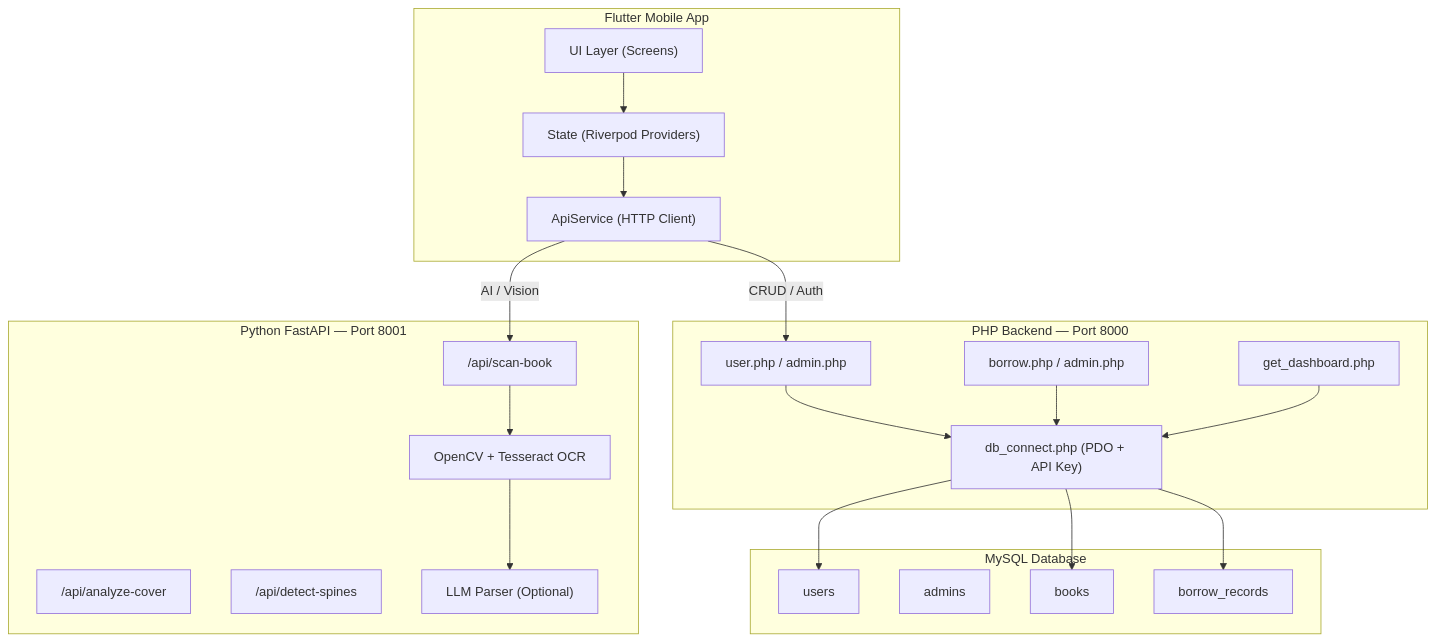
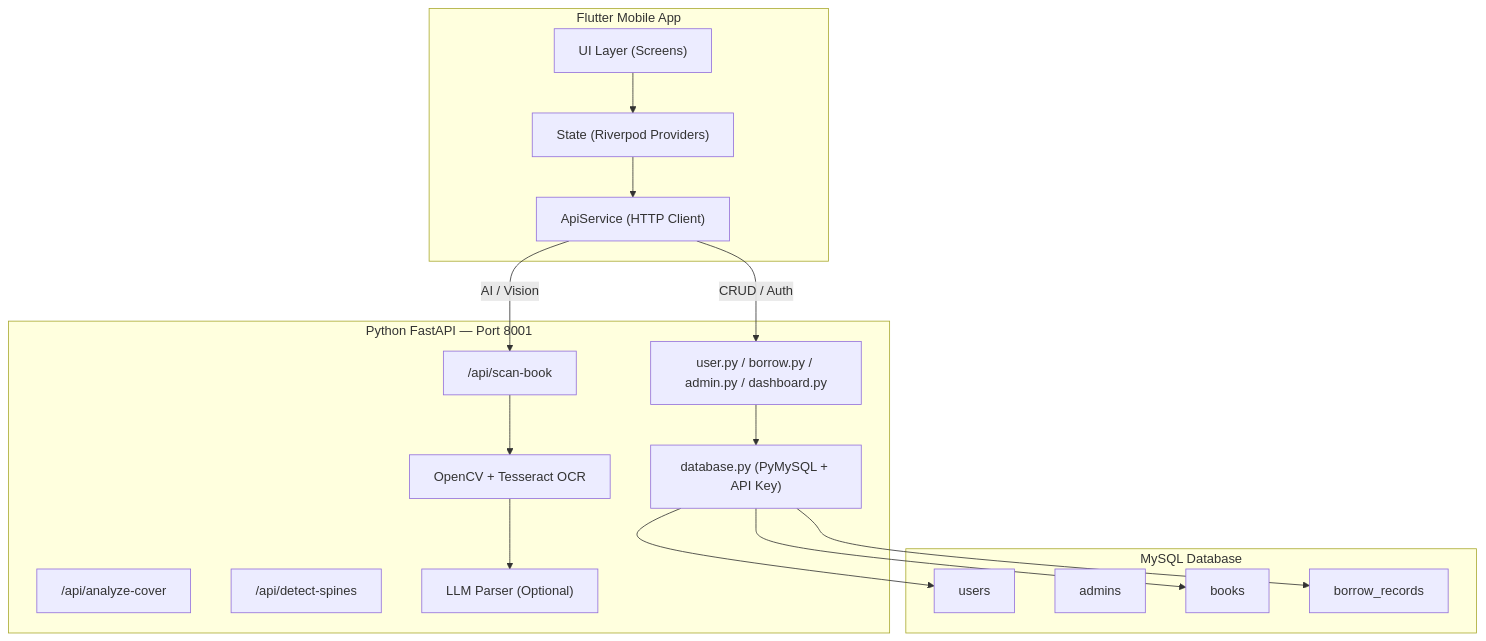
The diagram in doc/critical_analysis.md (prasajanravishka/library_system-), drawn with Mermaid before and after one commit. The commit also changed other lines of this file and 3 other files, not shown here.

Commit message:
docs: add project documentation including architecture, walkthrough, and workflow guides

````diff
--- a/doc/critical_analysis.md
+++ b/doc/critical_analysis.md
@@ -21,38 +21,34 @@
 ```mermaid
 graph TB
     subgraph "Flutter Mobile App"
         UI["UI Layer (Screens)"]
         SP["State (Riverpod Providers)"]
         API["ApiService (HTTP Client)"]
     end
 
-    subgraph "PHP Backend — Port 8000"
-        PHP_AUTH["user.php / admin.php"]
-        PHP_CRUD["borrow.php / admin.php"]
-        PHP_DASH["get_dashboard.php"]
-        DB_CONN["db_connect.php (PDO + API Key)"]
-    end
-
     subgraph "Python FastAPI — Port 8001"
+        PY_CRUD["user.py / borrow.py / admin.py / dashboard.py"]
         PY_SCAN["/api/scan-book"]
         PY_ANALYZE["/api/analyze-cover"]
         PY_SPINE["/api/detect-spines"]
         OCR["OpenCV + Tesseract OCR"]
         LLM["LLM Parser (Optional)"]
+        DB_CONN["database.py (PyMySQL + API Key)"]
     end
 
     subgraph "MySQL Database"
         T_USERS["users"]
         T_ADMINS["admins"]
         T_BOOKS["books"]
         T_BORROW["borrow_records"]
     end
 
     UI --> SP --> API
-    API -- "CRUD / Auth" --> PHP_AUTH
+    API -- "CRUD / Auth" --> PY_CRUD
     API -- "AI / Vision" --> PY_SCAN
-    PHP_AUTH --> DB_CONN --> T_USERS
-    PHP_CRUD --> DB_CONN --> T_BOOKS
-    PHP_DASH --> DB_CONN --> T_BORROW
+    PY_CRUD --> DB_CONN
     PY_SCAN --> OCR --> LLM
+    DB_CONN --> T_USERS
+    DB_CONN --> T_BOOKS
+    DB_CONN --> T_BORROW
 ```
````
